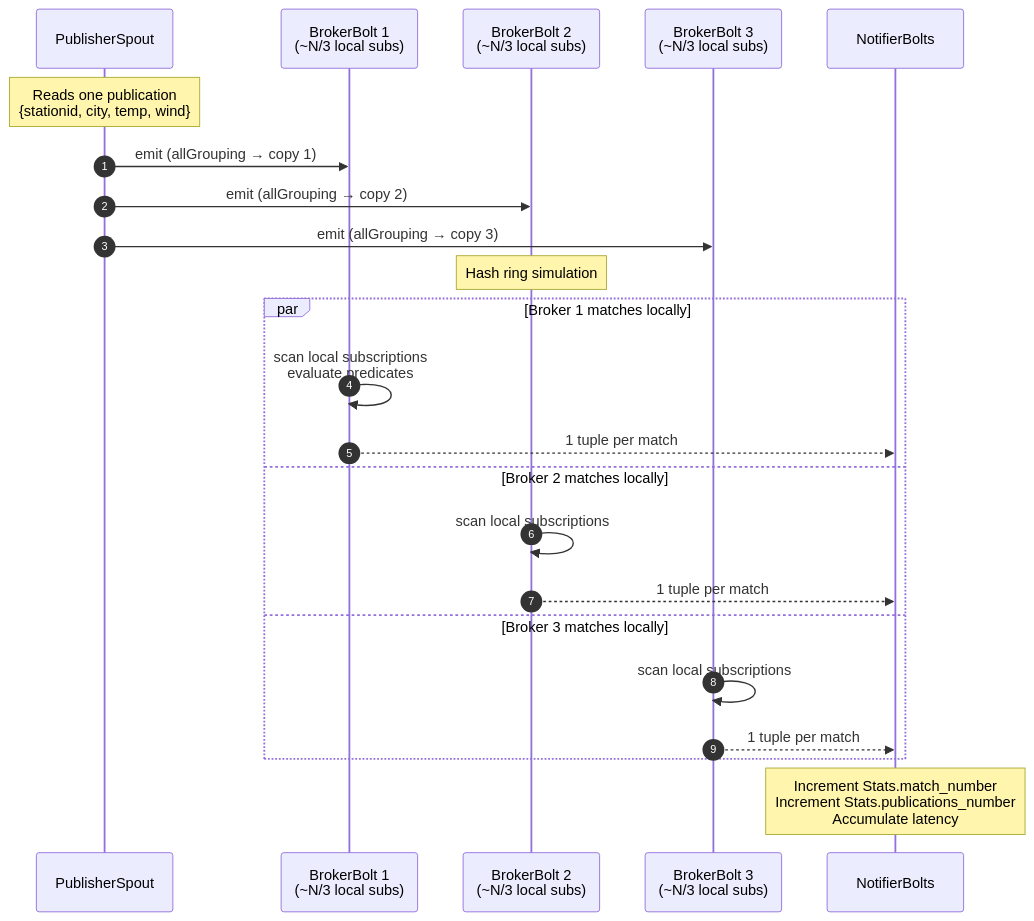
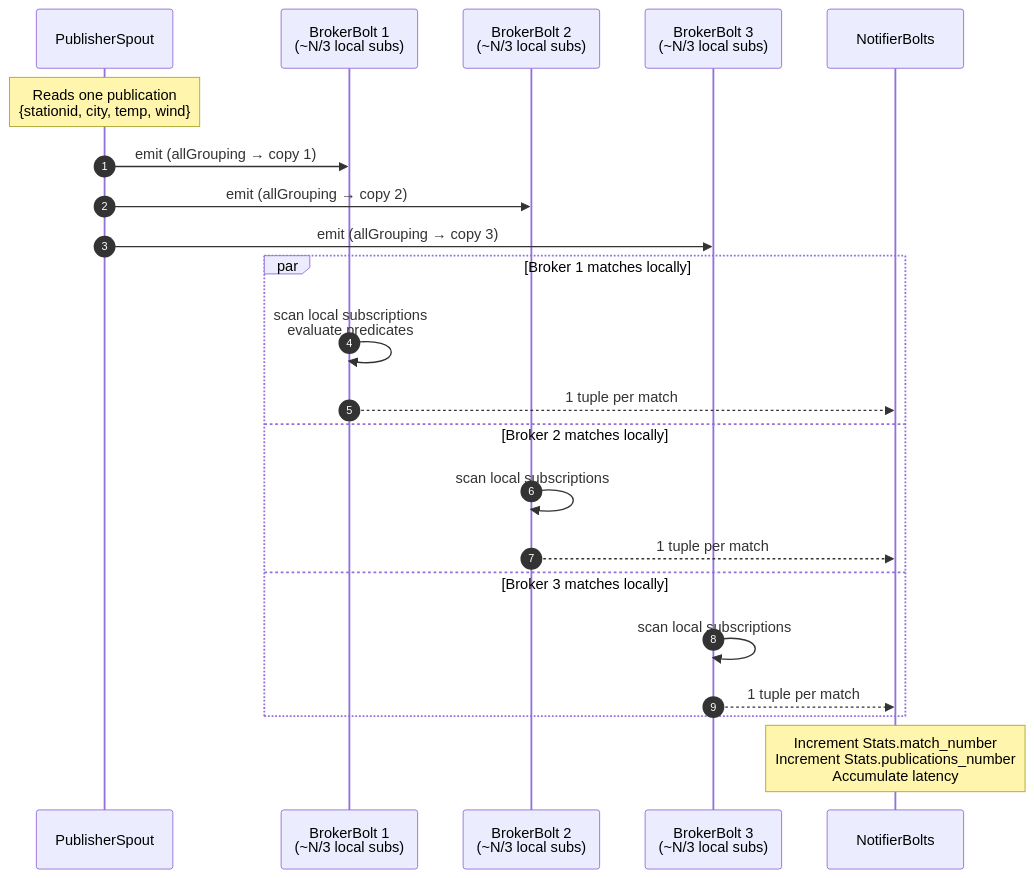
Before and after one commit to davidviziteu/ebs-project: the diagram in img/diagrams/notification life.mermaid, drawn with Mermaid. The commit also changed 1 other file, not shown here.

```diff
--- a/img/diagrams/notification life.mermaid
+++ b/img/diagrams/notification life.mermaid
@@ -1,26 +1,25 @@
 sequenceDiagram
     autonumber
     participant P as PublisherSpout
     participant B1 as BrokerBolt 1<br/>(~N/3 local subs)
     participant B2 as BrokerBolt 2<br/>(~N/3 local subs)
     participant B3 as BrokerBolt 3<br/>(~N/3 local subs)
     participant N as NotifierBolts
 
     Note over P: Reads one publication<br/>{stationid, city, temp, wind}
     P->>B1: emit (allGrouping → copy 1)
     P->>B2: emit (allGrouping → copy 2)
     P->>B3: emit (allGrouping → copy 3)
     
-    Note over B2: Hash ring simulation
     par Broker 1 matches locally
         B1->>B1: scan local subscriptions<br/>evaluate predicates
         B1-->>N: 1 tuple per match
     and Broker 2 matches locally
         B2->>B2: scan local subscriptions
         B2-->>N: 1 tuple per match
     and Broker 3 matches locally
         B3->>B3: scan local subscriptions
         B3-->>N: 1 tuple per match
     end
 
     Note over N: Increment Stats.match_number<br/>Increment Stats.publications_number<br/>Accumulate latency
```
